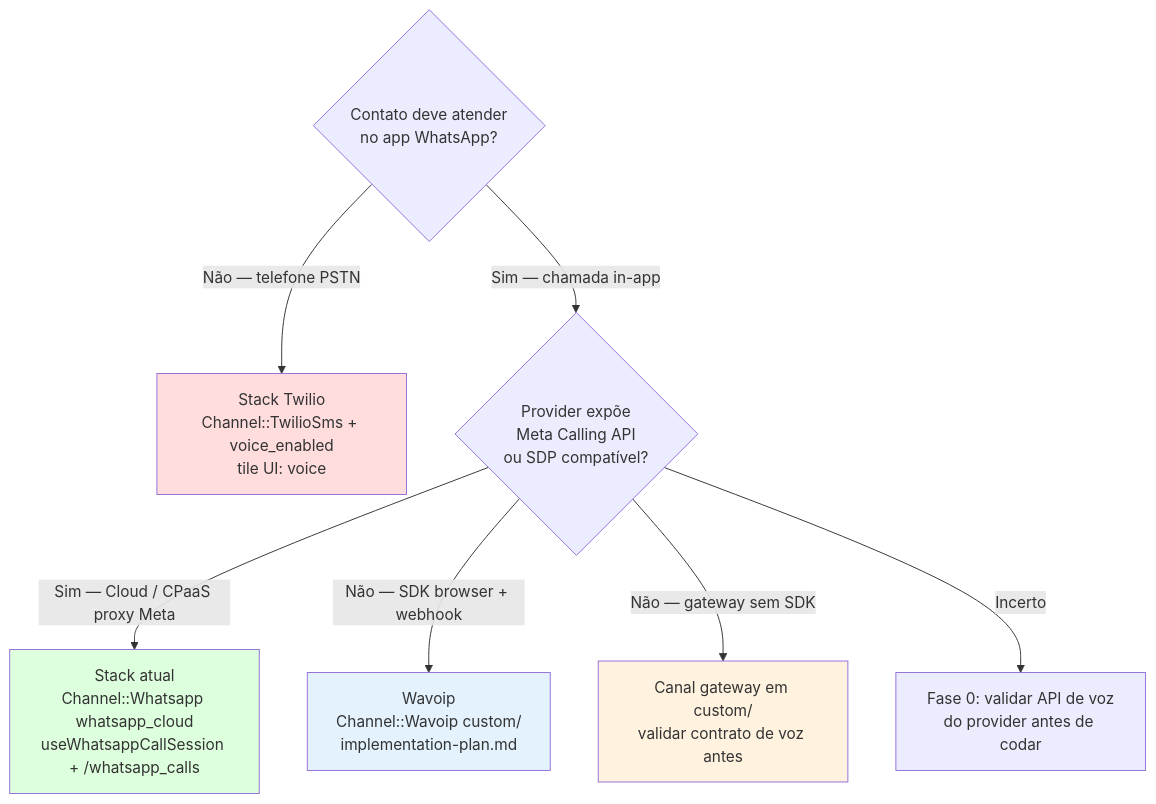
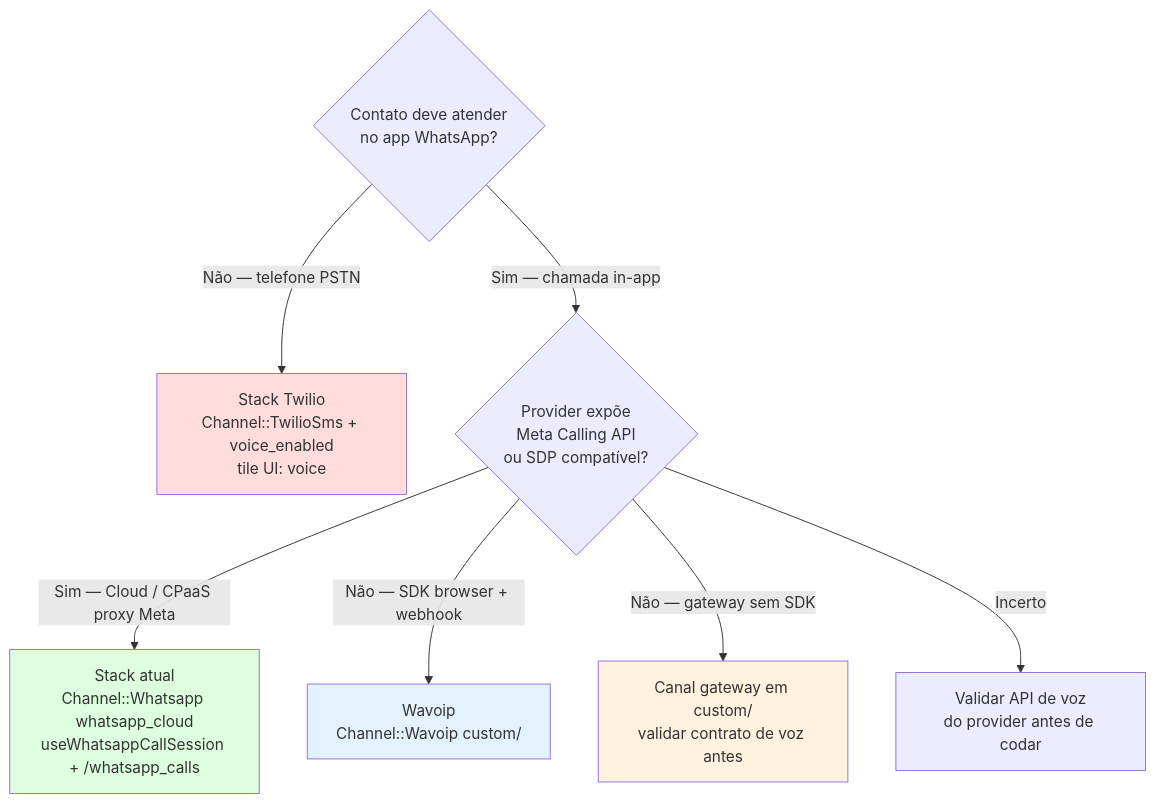
The diagram in doc/feature/whatsapp-voice/README.md (cesar-carlos/chatwoot), drawn with Mermaid before and after one commit. The commit also changed other lines of this file and 50 other files, not shown here.

````diff
--- a/doc/feature/whatsapp-voice/README.md
+++ b/doc/feature/whatsapp-voice/README.md
@@ -28,15 +23,15 @@
 ```mermaid
 flowchart TD
   Q1{"Contato deve atender<br/>no app WhatsApp?"}
   Q1 -->|Não — telefone PSTN| T["Stack Twilio<br/>Channel::TwilioSms + voice_enabled<br/>tile UI: voice"]
   Q1 -->|Sim — chamada in-app| Q2{"Provider expõe<br/>Meta Calling API<br/>ou SDP compatível?"}
   Q2 -->|Sim — Cloud / CPaaS proxy Meta| M["Stack atual<br/>Channel::Whatsapp whatsapp_cloud<br/>useWhatsappCallSession + /whatsapp_calls"]
-  Q2 -->|Não — SDK browser + webhook| W["Wavoip<br/>Channel::Wavoip custom/<br/>implementation-plan.md"]
+  Q2 -->|Não — SDK browser + webhook| W["Wavoip<br/>Channel::Wavoip custom/"]
   Q2 -->|Não — gateway sem SDK| G["Canal gateway em custom/<br/>validar contrato de voz antes"]
-  Q2 -->|Incerto| V["Fase 0: validar API de voz<br/>do provider antes de codar"]
+  Q2 -->|Incerto| V["Validar API de voz<br/>do provider antes de codar"]
 
   style M fill:#dfd
   style W fill:#e3f2fd
   style T fill:#fdd
   style G fill:#fff3e0
 ```
````
